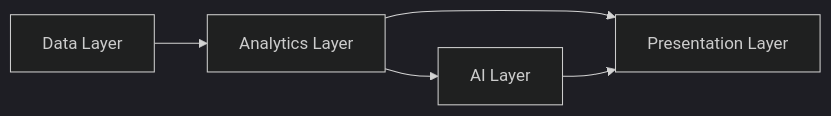
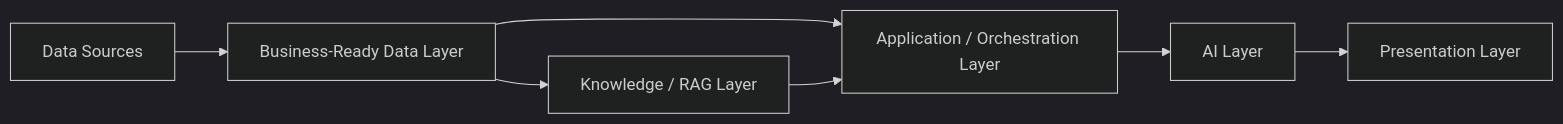
The first of 2 diagrams in README.md (drekicks/marketing_analytics), drawn with Mermaid (dark theme) before and after one commit.

````diff
--- a/README.md
+++ b/README.md
@@ -32,7 +32,15 @@
 ```mermaid
 flowchart LR
-    A[Data Layer] --> B[Analytics Layer]
-    B --> C[AI Layer]
-    B --> D[Presentation Layer]
+    A[Data Sources]
+    B[Business-Ready Data Layer]
+    C[Knowledge / RAG Layer]
+    D[Application / Orchestration Layer]
+    E[AI Layer]
+    F[Presentation Layer]
+    A --> B
+    B --> C
+    B --> D
     C --> D
+    D --> E
+    E --> F
 ```
````
